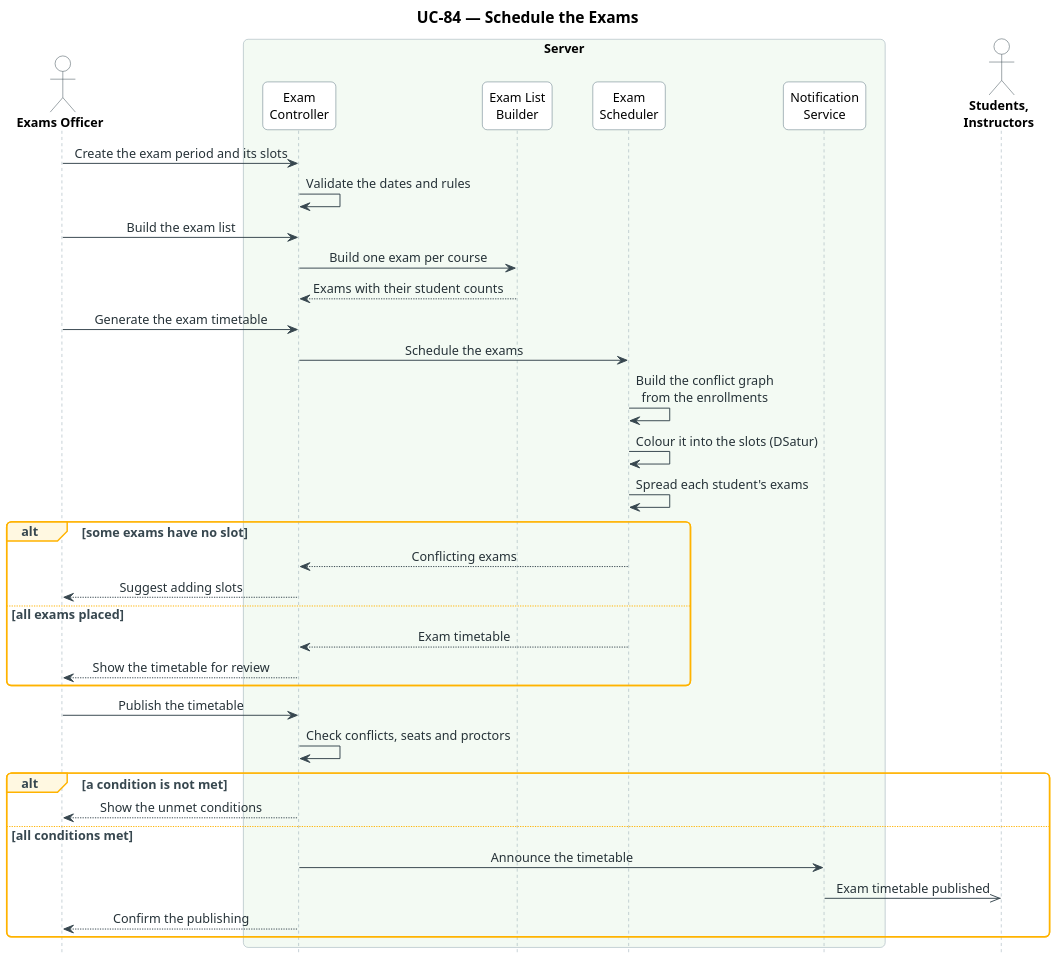
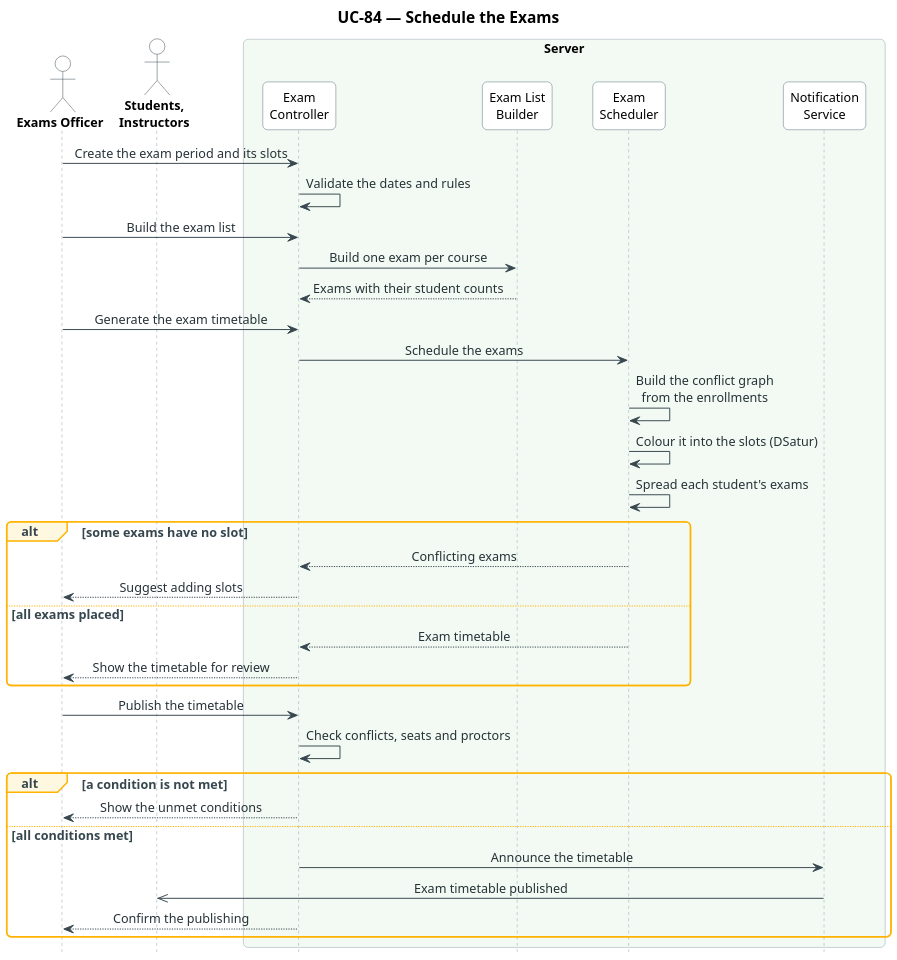
The diagram in Files/Assets/UseCases/Sequence Diagram/New/English/Src/UC-84_exam_schedule.puml (abdalkareemhegazy/OptiTime), drawn with PlantUML before and after one commit. The commit also changed other lines of this file and 24 other files, not shown here.

First line of the commit message:
OPT-11 Update main-case sequence diagrams

```diff
--- a/Files/Assets/UseCases/Sequence Diagram/New/English/Src/UC-84_exam_schedule.puml
+++ b/Files/Assets/UseCases/Sequence Diagram/New/English/Src/UC-84_exam_schedule.puml
@@ -1,69 +1,69 @@
 @startuml UC-84_exam_schedule
 skinparam dpi 150
 ' ===== النمط الموحّد (مثل مخططات النشاط) =====
 skinparam defaultFontName Tahoma
 skinparam defaultFontSize 13
 skinparam shadowing false
 skinparam roundcorner 10
 skinparam ArrowColor #37474F
 skinparam ArrowFontColor #263238
 skinparam TitleFontSize 16
 skinparam TitleFontStyle bold
 skinparam ParticipantBackgroundColor #FFFFFF
 skinparam ParticipantBorderColor #546E7A
 skinparam ParticipantFontSize 13
 skinparam ActorBackgroundColor #FFFFFF
 skinparam ActorBorderColor #37474F
 skinparam ActorFontSize 13
 skinparam ActorFontStyle bold
 skinparam SequenceLifeLineBorderColor #90A4AE
 skinparam SequenceBoxBorderColor #90A4AE
 skinparam SequenceBoxFontSize 14
 skinparam SequenceBoxFontStyle bold
 skinparam SequenceGroupBorderColor #FFB300
 skinparam SequenceGroupBackgroundColor #FFF8E1
 skinparam SequenceGroupFontColor #37474F
 skinparam SequenceGroupHeaderFontColor #37474F
 skinparam sequenceMessageAlign center
 skinparam ParticipantPadding 16
 skinparam BoxPadding 12
 hide footbox
 ' ===== المخطط =====
 title UC-84 — Schedule the Exams
 
 actor "Exams Officer" as U
+actor "Students,\nInstructors" as R
 box "Server" #F3FAF3
   participant "Exam\nController" as EX
   participant "Exam List\nBuilder" as LB
   participant "Exam\nScheduler" as ES
   participant "Notification\nService" as NS
 end box
-actor "Students,\nInstructors" as R
 
 U -> EX : Create the exam period and its slots
 EX -> EX : Validate the dates and rules
 U -> EX : Build the exam list
 EX -> LB : Build one exam per course
 LB --> EX : Exams with their student counts
 U -> EX : Generate the exam timetable
 EX -> ES : Schedule the exams
 ES -> ES : Build the conflict graph\nfrom the enrollments
 ES -> ES : Colour it into the slots (DSatur)
 ES -> ES : Spread each student's exams
 alt some exams have no slot
   ES --> EX : Conflicting exams
   EX --> U : Suggest adding slots
 else all exams placed
   ES --> EX : Exam timetable
   EX --> U : Show the timetable for review
 end
 U -> EX : Publish the timetable
 EX -> EX : Check conflicts, seats and proctors
 alt a condition is not met
   EX --> U : Show the unmet conditions
 else all conditions met
   EX -> NS : Announce the timetable
   NS ->> R : Exam timetable published
   EX --> U : Confirm the publishing
 end
 @enduml
```
